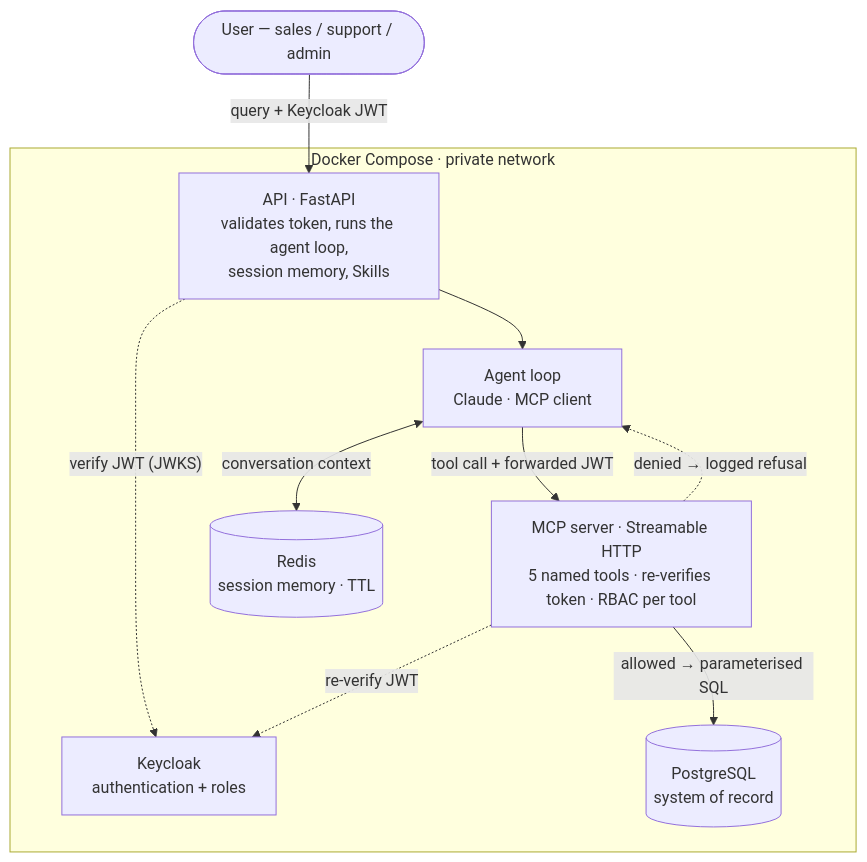
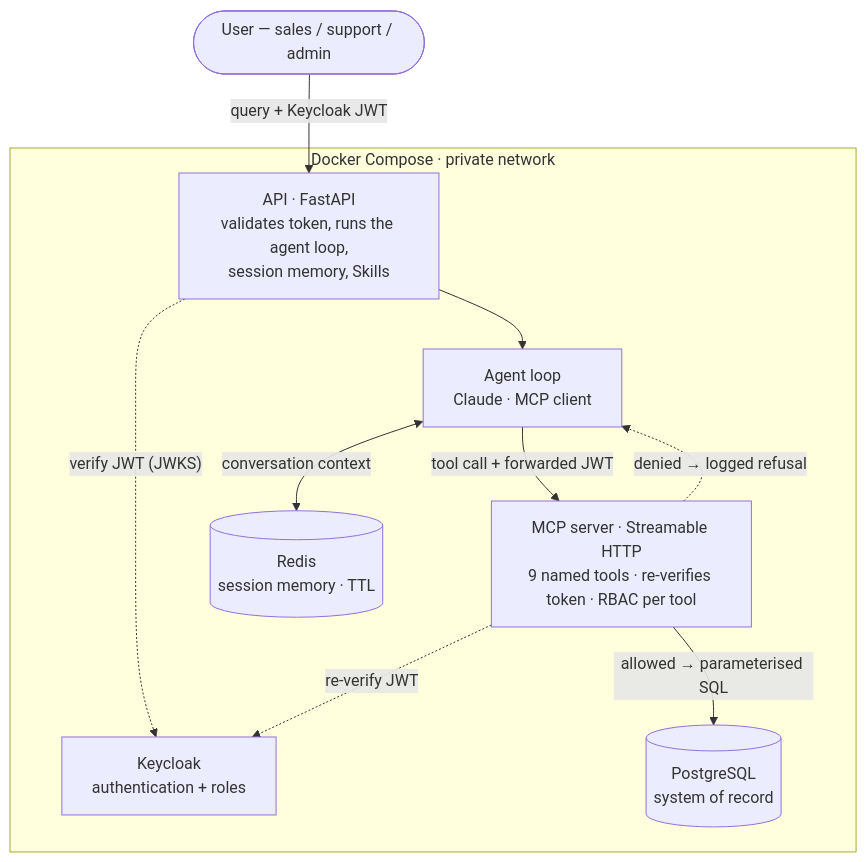
The diagram in README.md (BenjaminIkpe/Vantage), drawn with Mermaid before and after one commit. The commit also changed other lines of this file, not shown here.

First line of the commit message:
docs(README): correct counts (9 tools, 13 evals) + new UI features + endpoints (#37)

````diff
--- a/README.md
+++ b/README.md
@@ -41,20 +41,20 @@
 ```mermaid
 flowchart TD
     User(["User — sales / support / admin"])
     subgraph Stack["Docker Compose · private network"]
         API["API · FastAPI<br/>validates token, runs the agent loop,<br/>session memory, Skills"]
         KC["Keycloak<br/>authentication + roles"]
         Loop["Agent loop<br/>Claude · MCP client"]
-        MCP["MCP server · Streamable HTTP<br/>5 named tools · re-verifies token · RBAC per tool"]
+        MCP["MCP server · Streamable HTTP<br/>9 named tools · re-verifies token · RBAC per tool"]
         Redis[("Redis<br/>session memory · TTL")]
         PG[("PostgreSQL<br/>system of record")]
     end
     User -->|"query + Keycloak JWT"| API
     API -.->|"verify JWT (JWKS)"| KC
     API --> Loop
     Loop <-->|"conversation context"| Redis
     Loop -->|"tool call + forwarded JWT"| MCP
     MCP -.->|"re-verify JWT"| KC
     MCP -->|"allowed → parameterised SQL"| PG
     MCP -.->|"denied → logged refusal"| Loop
 ```
````
